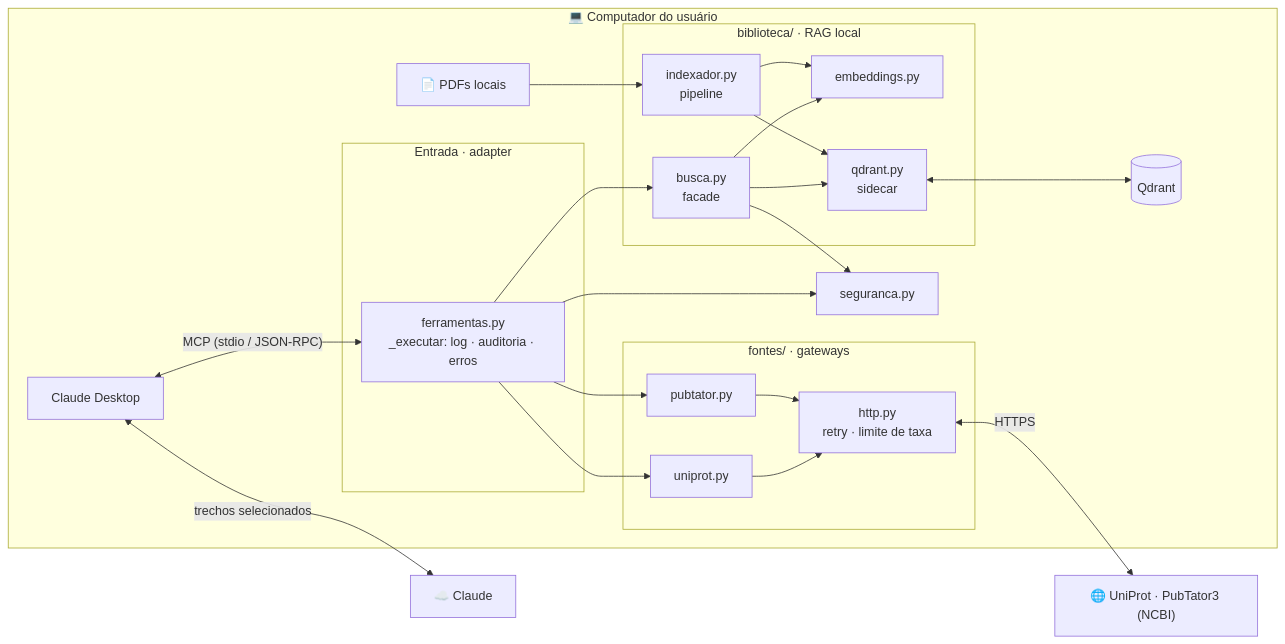
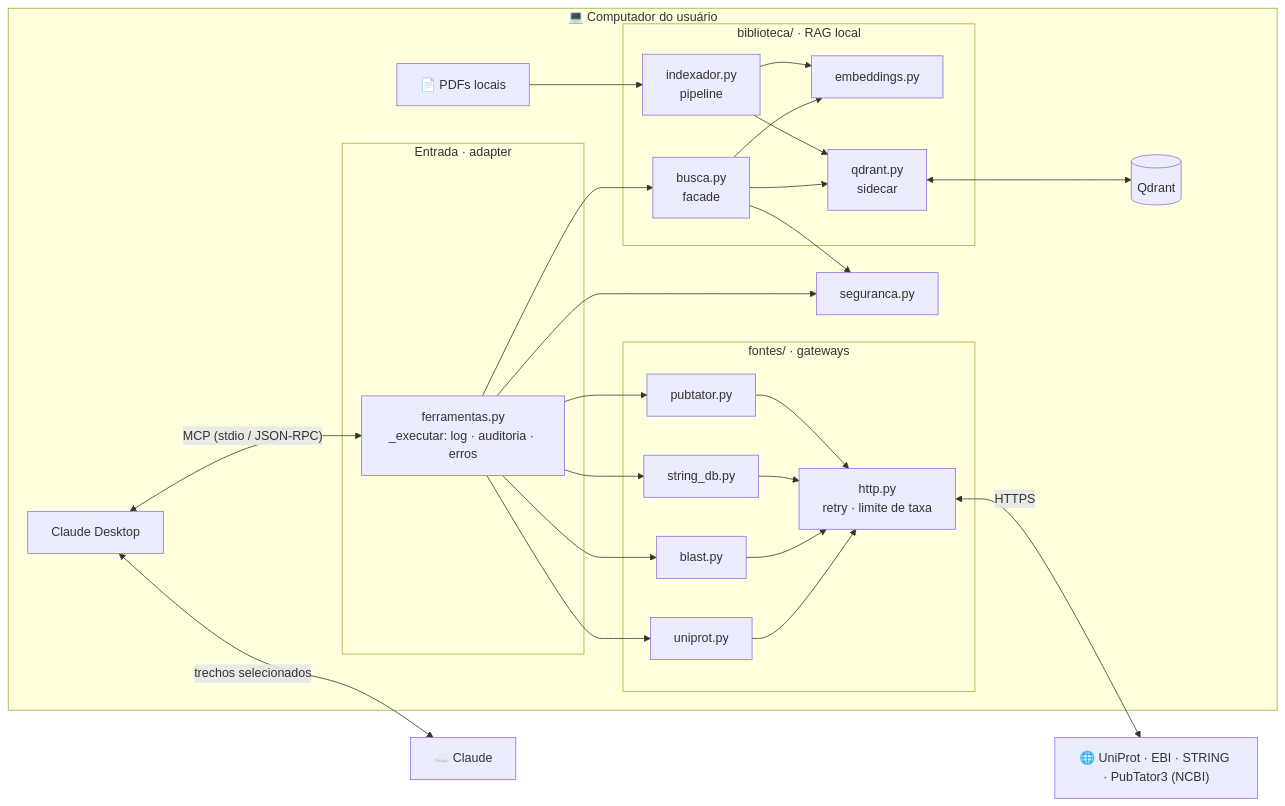
Before and after one commit to GuilhermeFusari/mcp-research-agent: the first of 3 diagrams in README.md, drawn with Mermaid. The commit also changed other lines of this file and 21 other files, not shown here.

First line of the commit message:
Pacote multiplataforma, BLAST (EBI), STRING, testes e SKILL.md

````diff
--- a/README.md
+++ b/README.md
@@ -71,34 +79,36 @@
 ```mermaid
 flowchart LR
     subgraph PC["💻 Computador do usuário"]
         CD["Claude Desktop"] <-->|"MCP (stdio / JSON-RPC)"| F
 
         subgraph ENT["Entrada · adapter"]
             F["ferramentas.py<br/>_executar: log · auditoria · erros"]
         end
 
         subgraph FON["fontes/ · gateways"]
             U["uniprot.py"]
+            BL["blast.py"]
+            ST["string_db.py"]
             PT["pubtator.py"]
             H["http.py<br/>retry · limite de taxa"]
         end
 
         subgraph BIB["biblioteca/ · RAG local"]
             B["busca.py<br/>facade"]
             E["embeddings.py"]
             Q["qdrant.py<br/>sidecar"]
             I["indexador.py<br/>pipeline"]
         end
 
-        F --> U & PT & B
-        U & PT --> H
+        F --> U & BL & ST & PT & B
+        U & BL & ST & PT --> H
         F --> SEG["seguranca.py"]
         B --> SEG
         B --> E & Q
         I --> E & Q
         P["📄 PDFs locais"] --> I
         Q <--> DB[("Qdrant")]
     end
-    H <-->|HTTPS| APIS["🌐 UniProt · PubTator3 (NCBI)"]
+    H <-->|HTTPS| APIS["🌐 UniProt · EBI · STRING · PubTator3 (NCBI)"]
     CD <-->|"trechos selecionados"| C["☁️ Claude"]
 ```
````
